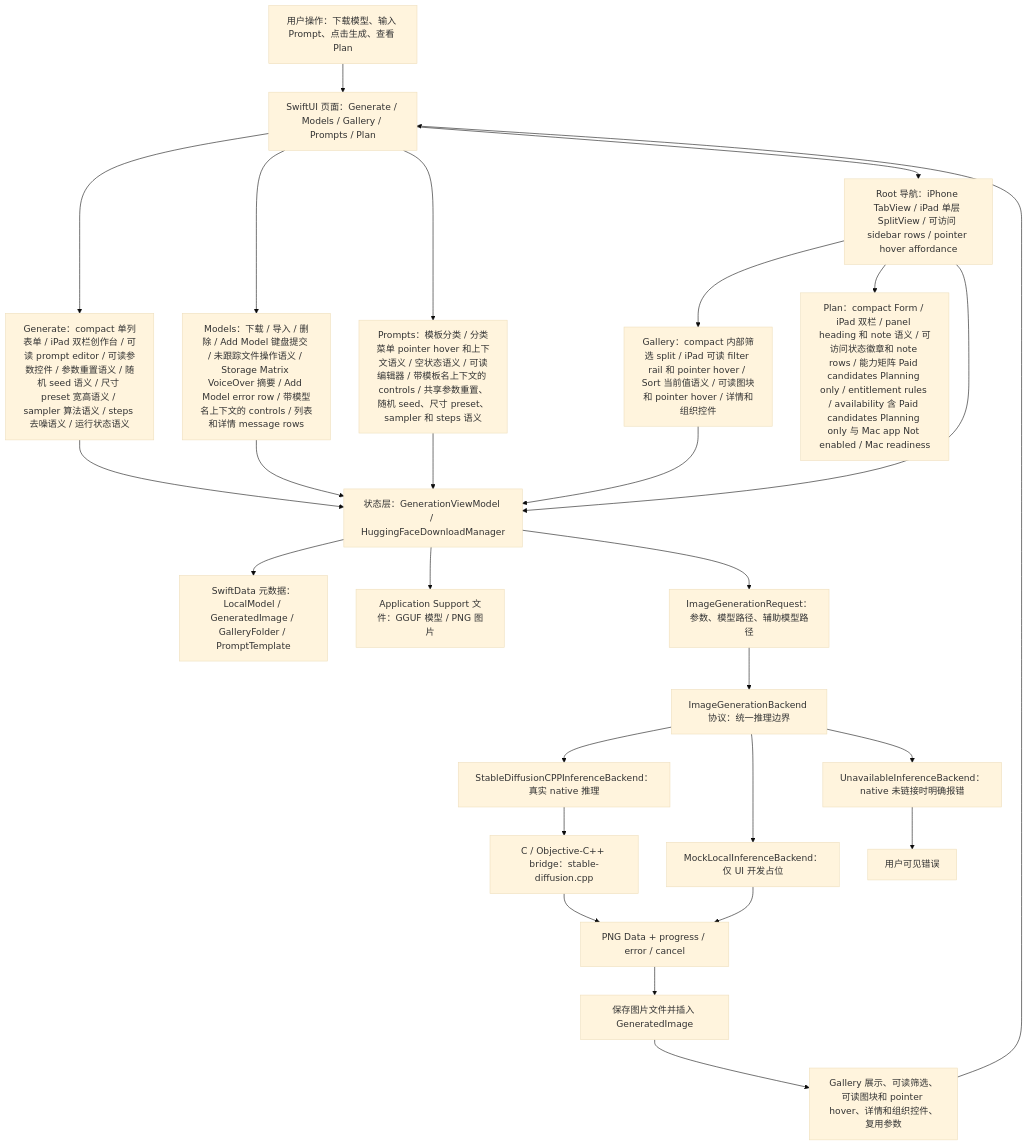
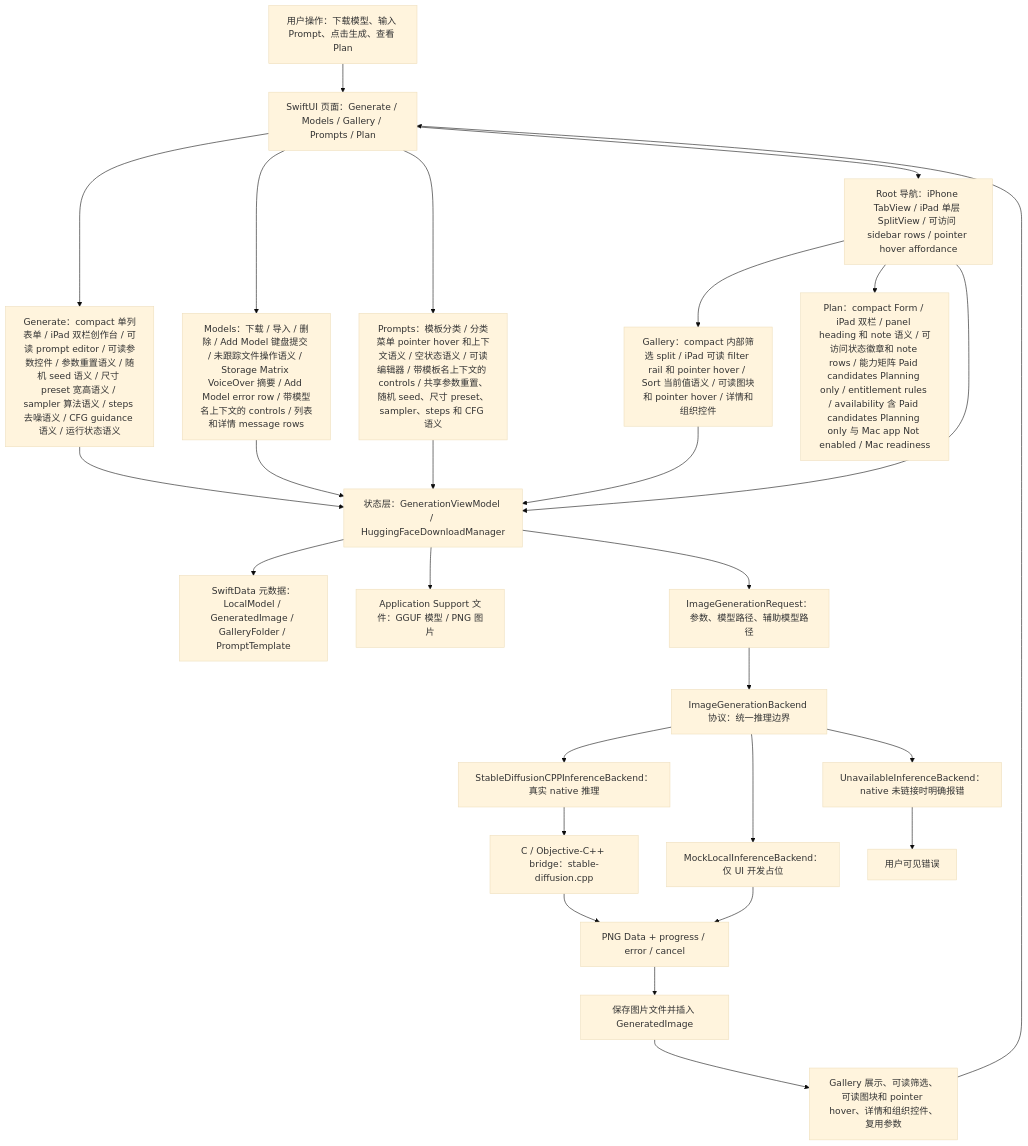
One commit to Altman-sam114/118 changed the first of 7 diagrams in md/flow/flowchart.md. Above: the diagram before and after it, drawn with Mermaid (base theme). The commit also changed 5 other files, not shown here.

````diff
--- a/md/flow/flowchart.md
+++ b/md/flow/flowchart.md
@@ -9,29 +9,29 @@
 ```mermaid
 flowchart TD
   U["用户操作：下载模型、输入 Prompt、点击生成、查看 Plan"] --> UI["SwiftUI 页面：Generate / Models / Gallery / Prompts / Plan"]
-  UI --> GENUI["Generate：compact 单列表单 / iPad 双栏创作台 / 可读 prompt editor / 可读参数控件 / 参数重置语义 / 随机 seed 语义 / 尺寸 preset 宽高语义 / sampler 算法语义 / steps 去噪语义 / 运行状态语义"]
+  UI --> GENUI["Generate：compact 单列表单 / iPad 双栏创作台 / 可读 prompt editor / 可读参数控件 / 参数重置语义 / 随机 seed 语义 / 尺寸 preset 宽高语义 / sampler 算法语义 / steps 去噪语义 / CFG guidance 语义 / 运行状态语义"]
   UI --> MODELUI["Models：下载 / 导入 / 删除 / Add Model 键盘提交 / 未跟踪文件操作语义 / Storage Matrix VoiceOver 摘要 / Add Model error row / 带模型名上下文的 controls / 列表和详情 message rows"]
-  UI --> PROMPTUI["Prompts：模板分类 / 分类菜单 pointer hover 和上下文语义 / 空状态语义 / 可读编辑器 / 带模板名上下文的 controls / 共享参数重置、随机 seed、尺寸 preset、sampler 和 steps 语义"]
+  UI --> PROMPTUI["Prompts：模板分类 / 分类菜单 pointer hover 和上下文语义 / 空状态语义 / 可读编辑器 / 带模板名上下文的 controls / 共享参数重置、随机 seed、尺寸 preset、sampler、steps 和 CFG 语义"]
   UI --> NAV["Root 导航：iPhone TabView / iPad 单层 SplitView / 可访问 sidebar rows / pointer hover affordance"]
   NAV --> GALUI["Gallery：compact 内部筛选 split / iPad 可读 filter rail 和 pointer hover / Sort 当前值语义 / 可读图块和 pointer hover / 详情和组织控件"]
   NAV --> PLANUI["Plan：compact Form / iPad 双栏 / panel heading 和 note 语义 / 可访问状态徽章和 note rows / 能力矩阵 Paid candidates Planning only / entitlement rules / availability 含 Paid candidates Planning only 与 Mac app Not enabled / Mac readiness"]
   NAV --> VM["状态层：GenerationViewModel / HuggingFaceDownloadManager"]
   GENUI --> VM
   MODELUI --> VM
   PROMPTUI --> VM
   GALUI --> VM
   VM --> SD["SwiftData 元数据：LocalModel / GeneratedImage / GalleryFolder / PromptTemplate"]
   VM --> FS["Application Support 文件：GGUF 模型 / PNG 图片"]
   VM --> REQ["ImageGenerationRequest：参数、模型路径、辅助模型路径"]
   REQ --> IFACE["ImageGenerationBackend 协议：统一推理边界"]
   IFACE --> NATIVE["StableDiffusionCPPInferenceBackend：真实 native 推理"]
   IFACE --> MOCK["MockLocalInferenceBackend：仅 UI 开发占位"]
   IFACE --> OFF["UnavailableInferenceBackend：native 未链接时明确报错"]
   NATIVE --> BRIDGE["C / Objective-C++ bridge：stable-diffusion.cpp"]
   BRIDGE --> PNG["PNG Data + progress / error / cancel"]
   MOCK --> PNG
   OFF --> ERR["用户可见错误"]
   PNG --> SAVE["保存图片文件并插入 GeneratedImage"]
   SAVE --> GALLERY["Gallery 展示、可读筛选、可读图块和 pointer hover、详情和组织控件、复用参数"]
   GALLERY --> UI
 ```
````
